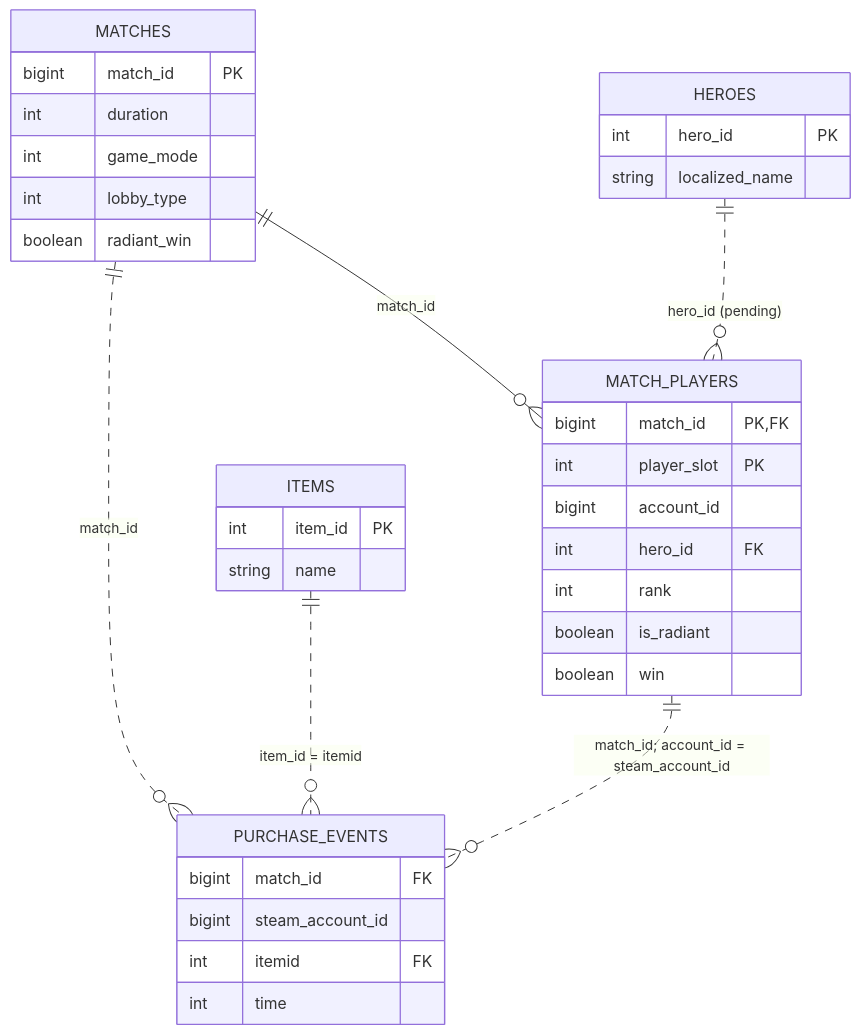
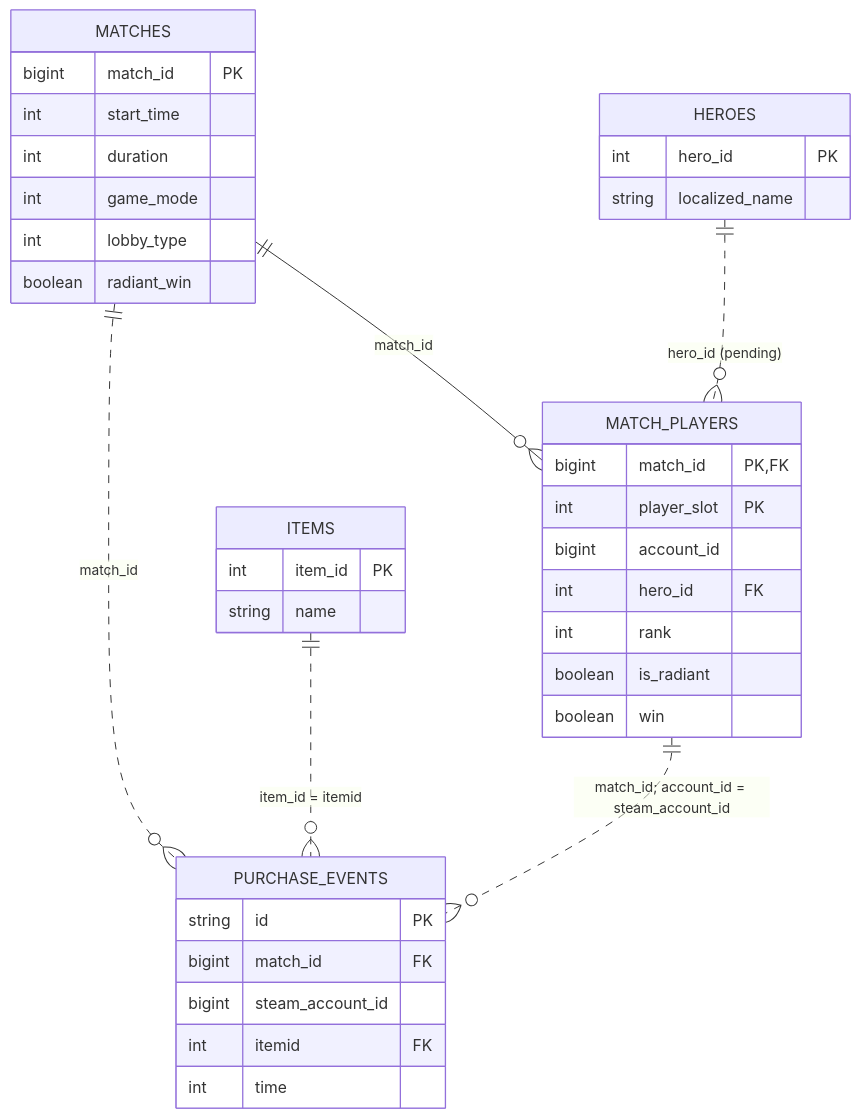
One commit to HRV220/bootcamp_alfa changed the diagram in task/case1/data_model.md. Above: the diagram before and after it, drawn with Mermaid. The commit also changed other lines of this file and 2 other files, not shown here.

````diff
--- a/task/case1/data_model.md
+++ b/task/case1/data_model.md
@@ -32,39 +38,41 @@
 ```mermaid
 erDiagram
     MATCHES ||--o{ MATCH_PLAYERS : "match_id"
     MATCHES ||..o{ PURCHASE_EVENTS : "match_id"
     ITEMS ||..o{ PURCHASE_EVENTS : "item_id = itemid"
     MATCH_PLAYERS ||..o{ PURCHASE_EVENTS : "match_id; account_id = steam_account_id"
     HEROES ||..o{ MATCH_PLAYERS : "hero_id (pending)"
 
     MATCHES {
         bigint match_id PK
+        int start_time
         int duration
         int game_mode
         int lobby_type
         boolean radiant_win
     }
     MATCH_PLAYERS {
         bigint match_id PK,FK
         int player_slot PK
         bigint account_id
         int hero_id FK
         int rank
         boolean is_radiant
         boolean win
     }
     ITEMS {
         int item_id PK
         string name
     }
     PURCHASE_EVENTS {
+        string id PK
         bigint match_id FK
         bigint steam_account_id
         int itemid FK
         int time
     }
     HEROES {
         int hero_id PK
         string localized_name
     }
 ```
````
